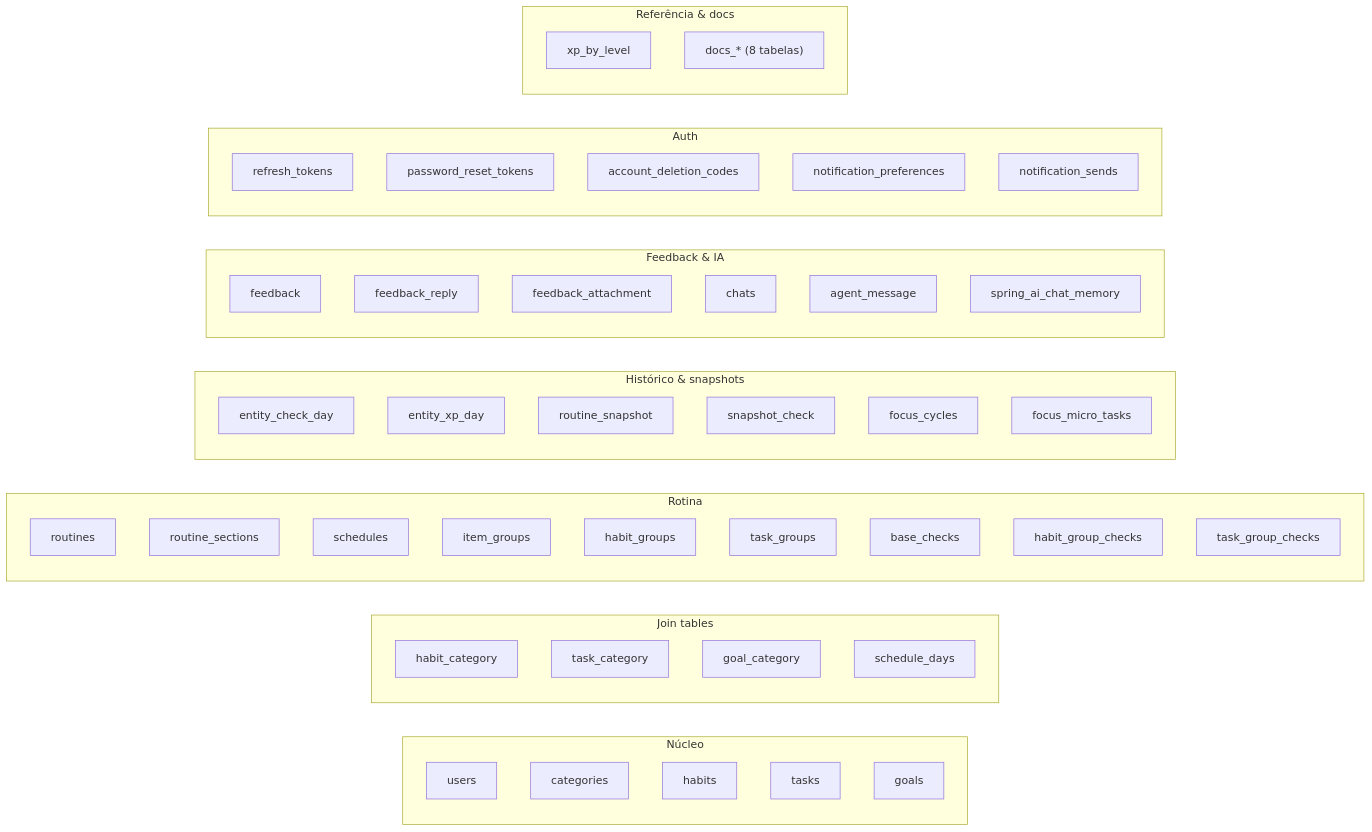
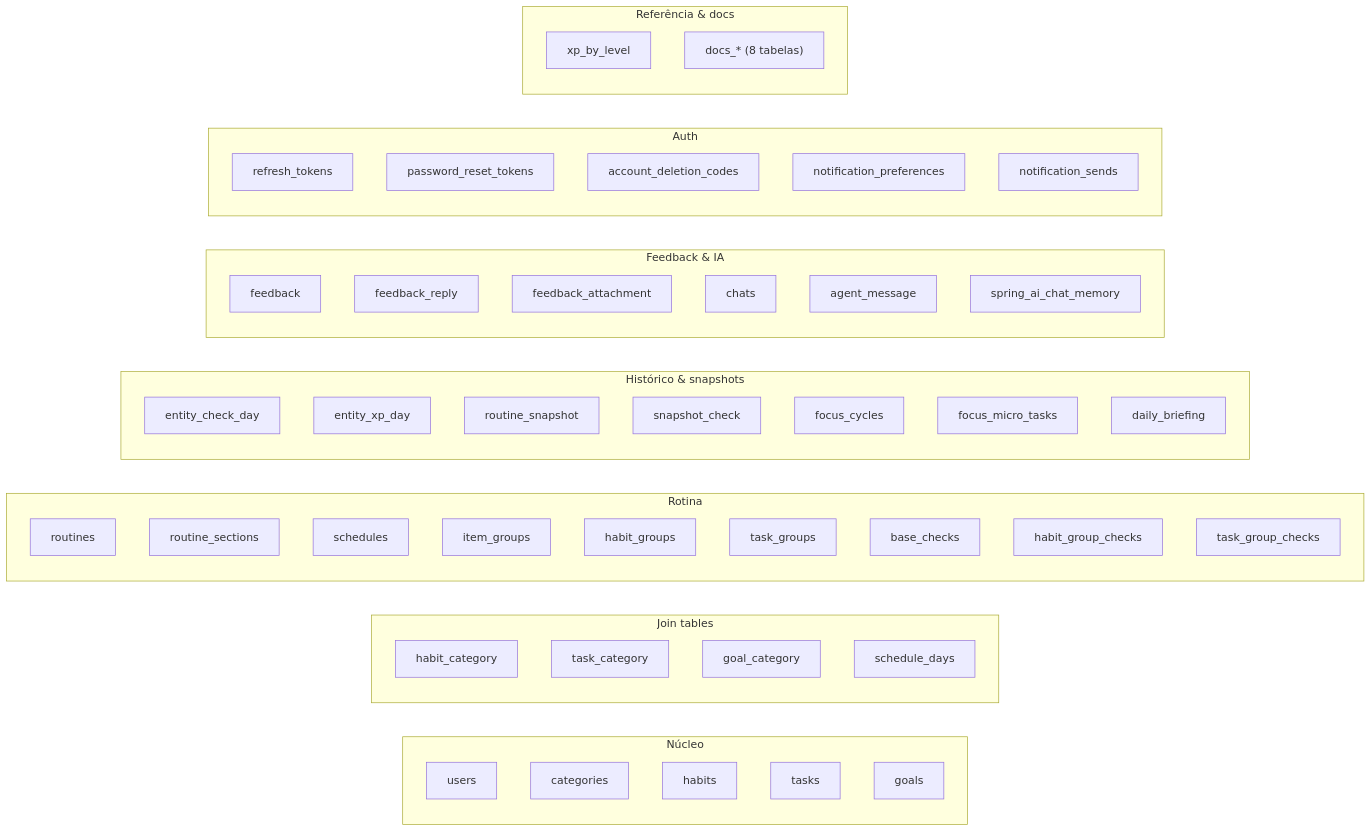
One commit to AndDev741/Beyou-arch-design changed the fifth of 5 diagrams in architecture/domain-model/pt.md. Above: the diagram before and after it, drawn with Mermaid. The commit also changed other lines of this file and 17 other files, not shown here.

````diff
--- a/architecture/domain-model/pt.md
+++ b/architecture/domain-model/pt.md
@@ -450,60 +465,61 @@
 ```mermaid
 flowchart LR
   subgraph core["Núcleo"]
     users
     categories
     habits
     tasks
     goals
   end
 
   subgraph joins["Join tables"]
     habit_category
     task_category
     goal_category
     schedule_days
   end
 
   subgraph routine["Rotina"]
     routines
     routine_sections
     schedules
     item_groups
     habit_groups
     task_groups
     base_checks
     habit_group_checks
     task_group_checks
   end
 
   subgraph history["Histórico & snapshots"]
     entity_check_day
     entity_xp_day
     routine_snapshot
     snapshot_check
     focus_cycles
     focus_micro_tasks
+    daily_briefing
   end
 
   subgraph support["Feedback & IA"]
     feedback
     feedback_reply
     feedback_attachment
     chats
     agent_message
     spring_ai_chat_memory
   end
 
   subgraph auth["Auth"]
     refresh_tokens
     password_reset_tokens
     account_deletion_codes
     notification_preferences
     notification_sends
   end
 
   subgraph system["Referência & docs"]
     xp_by_level
     docs_tables["docs_* (8 tabelas)"]
   end
 ```
````
